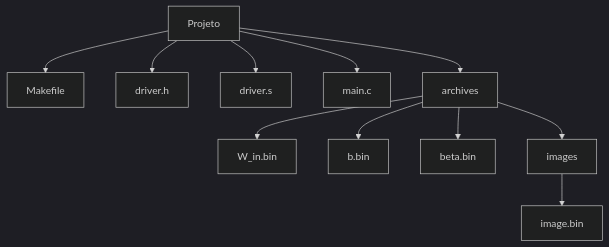
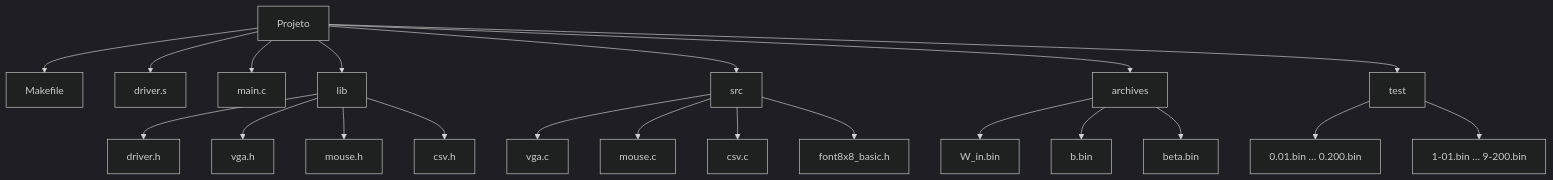
Before and after one commit to marcosvdiaso/de1soc-driver-elm: the second of 2 diagrams in README.md, drawn with Mermaid (dark theme). The commit also changed other lines of this file, not shown here.

````diff
--- a/README.md
+++ b/README.md
@@ -205,19 +208,30 @@
 ```mermaid
 flowchart TD
 
     A[Projeto]
 
     A --> B[Makefile]
-    A --> C[driver.h]
-    A --> D[driver.s]
-    A --> E[main.c]
+    A --> C[driver.s]
+    A --> D[main.c]
+
+    A --> E[lib]
+    E --> E1[driver.h]
+    E --> E2[vga.h]
+    E --> E3[mouse.h]
+    E --> E4[csv.h]
+
+    A --> F[src]
+    F --> F1[vga.c]
+    F --> F2[mouse.c]
+    F --> F3[csv.c]
+    F --> F4[font8x8_basic.h]
 
     A --> G[archives]
     G --> G1[W_in.bin]
     G --> G2[b.bin]
     G --> G3[beta.bin]
 
-    G --> G4[images]
-    G4 --> G5[image.bin]
-
+    A --> H[test]
+    H --> H1["0.01.bin … 0.200.bin"]
+    H --> H2["1-01.bin … 9-200.bin"]
 ```
````
